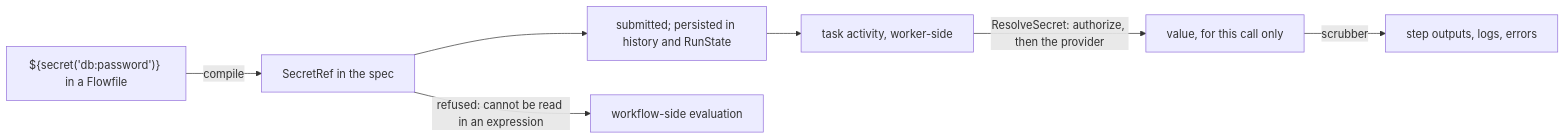
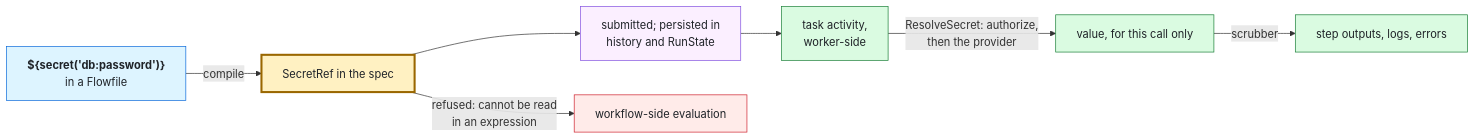
The third of 3 diagrams in docs/ARCHITECTURE.md (picatz/flowstate), drawn with Mermaid before and after one commit. The commit also changed other lines of this file and 8 other files, not shown here.

First line of the commit message:
docs: give every diagram one palette and a style guide

````diff
--- a/docs/ARCHITECTURE.md
+++ b/docs/ARCHITECTURE.md
@@ -457,9 +486,26 @@
 ```mermaid
 flowchart LR
-  Author["${secret('db:password')} in a Flowfile"] -->|compile| Ref["SecretRef in the spec"]
-  Ref --> History["submitted; persisted in history and RunState"]
-  History --> Activity["task activity, worker-side"]
-  Activity -->|"ResolveSecret: authorize, then the provider"| Value["value, for this call only"]
-  Value -->|scrubber| Outputs["step outputs, logs, errors"]
-  Ref -->|"refused: cannot be read in an expression"| Eval["workflow-side evaluation"]
+  Author["<b>${secret('db:password')}</b><br/>in a Flowfile"]
+  Ref["SecretRef in the spec"]
+  History["submitted; persisted in<br/>history and RunState"]
+  Activity["task activity,<br/>worker-side"]
+  Value["value, for this call only"]
+  Outputs["step outputs, logs, errors"]
+  Eval["workflow-side evaluation"]
+
+  Author -->|compile| Ref --> History --> Activity
+  Activity -->|"ResolveSecret: authorize,<br/>then the provider"| Value
+  Value -->|scrubber| Outputs
+  Ref -->|"refused: cannot be read<br/>in an expression"| Eval
+
+  classDef authoring fill:#DDF4FF,stroke:#0969DA,color:#1F2328
+  classDef contract fill:#FFF1C2,stroke:#9A6700,stroke-width:3px,color:#1F2328
+  classDef runtime fill:#DAFBE1,stroke:#1A7F37,color:#1F2328
+  classDef durable fill:#FBEFFF,stroke:#8250DF,color:#1F2328
+  classDef govern fill:#FFEBE9,stroke:#CF222E,color:#1F2328
+  class Author authoring
+  class Ref contract
+  class History durable
+  class Activity,Value,Outputs runtime
+  class Eval govern
 ```
````
